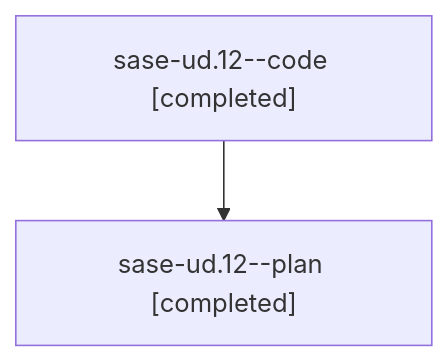
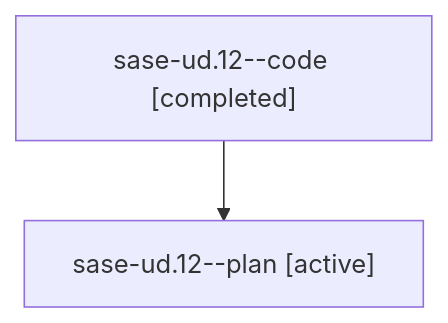
One commit to sase-org/sase--agents changed the diagram in families/bbugyi200.athena.sase-ud.12.md. Above: the diagram before and after it, drawn with Mermaid. The commit also changed other lines of this file and 35830 other files, not shown here.

````diff
--- a/families/bbugyi200.athena.sase-ud.12.md
+++ b/families/bbugyi200.athena.sase-ud.12.md
@@ -9,6 +9,6 @@
 ```mermaid
 flowchart TD
   n0["sase-ud.12--code [completed]"]
-  n1["sase-ud.12--plan [completed]"]
+  n1["sase-ud.12--plan [active]"]
   n0 --> n1
 ```
````
